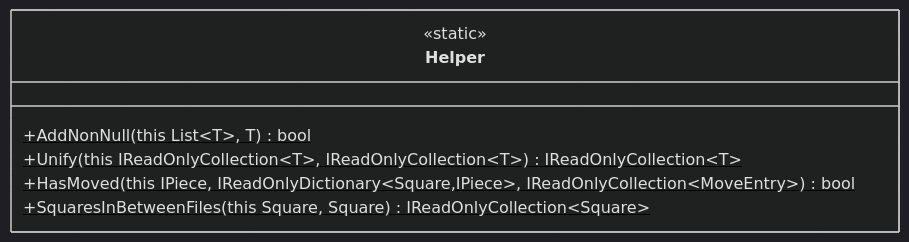
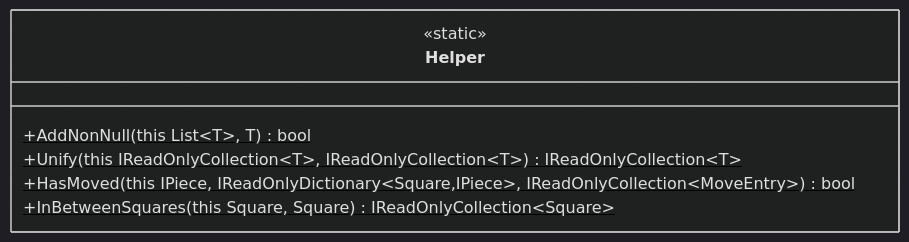
The fifth of 7 diagrams in UML Diagram/Core/Extensions.md (JeanLColombo/Mate), drawn with Mermaid (dark theme) before and after one commit. The commit also changed 2 other files, not shown here.

Commit message:
InBetweenSquares tested

````diff
--- a/UML Diagram/Core/Extensions.md
+++ b/UML Diagram/Core/Extensions.md
@@ -37,10 +37,10 @@
 ```mermaid
     classDiagram
     class Helper{
         <<static>>
         +AddNonNull(this List~T~, T)$ bool
         +Unify(this IReadOnlyCollection~T~, IReadOnlyCollection~T~)$ IReadOnlyCollection~T~
         +HasMoved(this IPiece, IReadOnlyDictionary~Square,IPiece~, IReadOnlyCollection~MoveEntry~)$ bool 
-        +SquaresInBetweenFiles(this Square, Square)$ IReadOnlyCollection~Square~
+        +InBetweenSquares(this Square, Square)$ IReadOnlyCollection~Square~
     }
 ```
````
